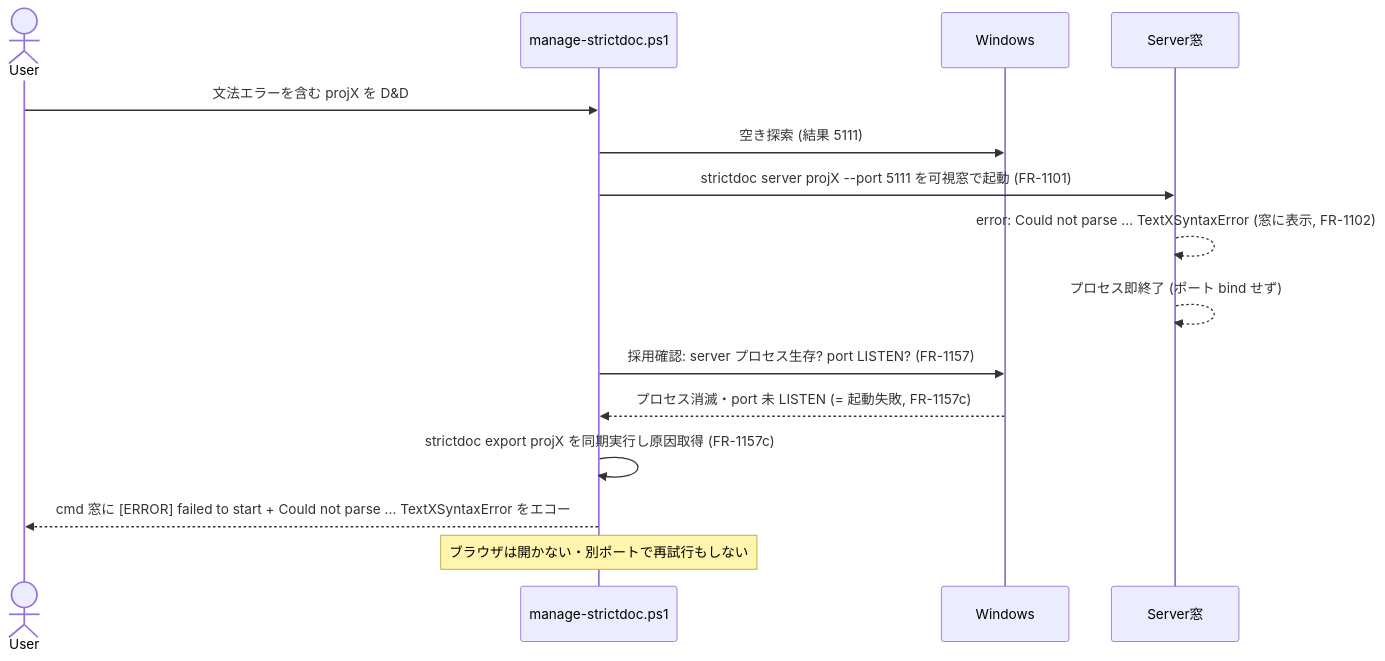
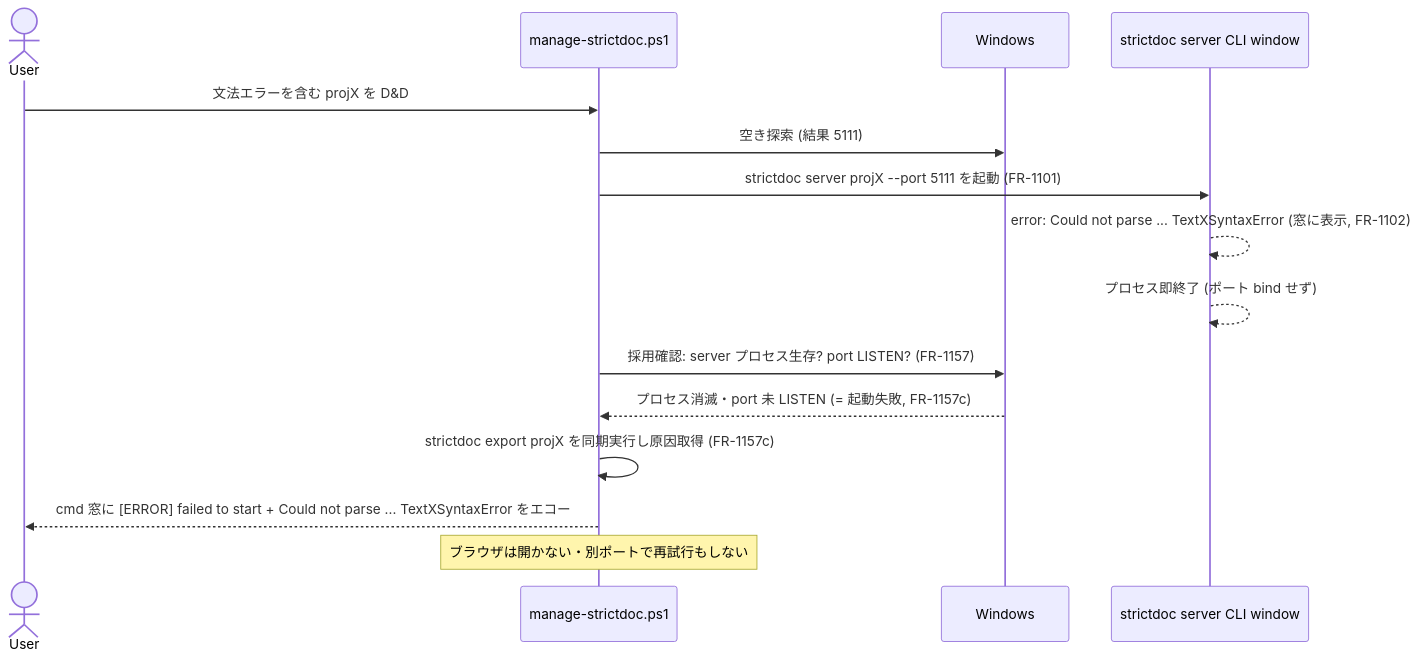
One commit to GoodRelax/StrictDocStarter changed the sixth of 6 diagrams in docs/serve-spec.md. Above: the diagram before and after it, drawn with Mermaid. The commit also changed other lines of this file and 5 other files, not shown here.

````diff
--- a/docs/serve-spec.md
+++ b/docs/serve-spec.md
@@ -1263,17 +1273,17 @@
 ```mermaid
 sequenceDiagram
     actor User
     participant M as manage-strictdoc.ps1
     participant OS as Windows
-    participant SV as Server窓
+    participant SV as strictdoc server CLI window
     User->>M: 文法エラーを含む projX を D&D
     M->>OS: 空き探索 (結果 5111)
-    M->>SV: strictdoc server projX --port 5111 を可視窓で起動 (FR-1101)
+    M->>SV: strictdoc server projX --port 5111 を起動 (FR-1101)
     SV-->>SV: error: Could not parse ... TextXSyntaxError (窓に表示, FR-1102)
     SV-->>SV: プロセス即終了 (ポート bind せず)
     M->>OS: 採用確認: server プロセス生存? port LISTEN? (FR-1157)
     OS-->>M: プロセス消滅・port 未 LISTEN (= 起動失敗, FR-1157c)
     M->>M: strictdoc export projX を同期実行し原因取得 (FR-1157c)
     M-->>User: cmd 窓に [ERROR] failed to start + Could not parse ... TextXSyntaxError をエコー
     Note over M: ブラウザは開かない・別ポートで再試行もしない
 ```
````
